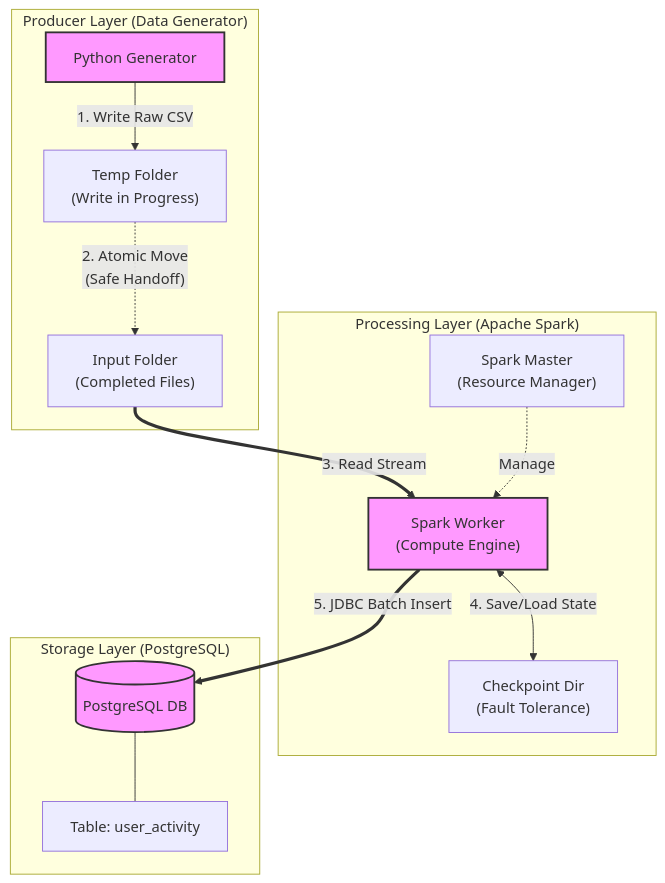
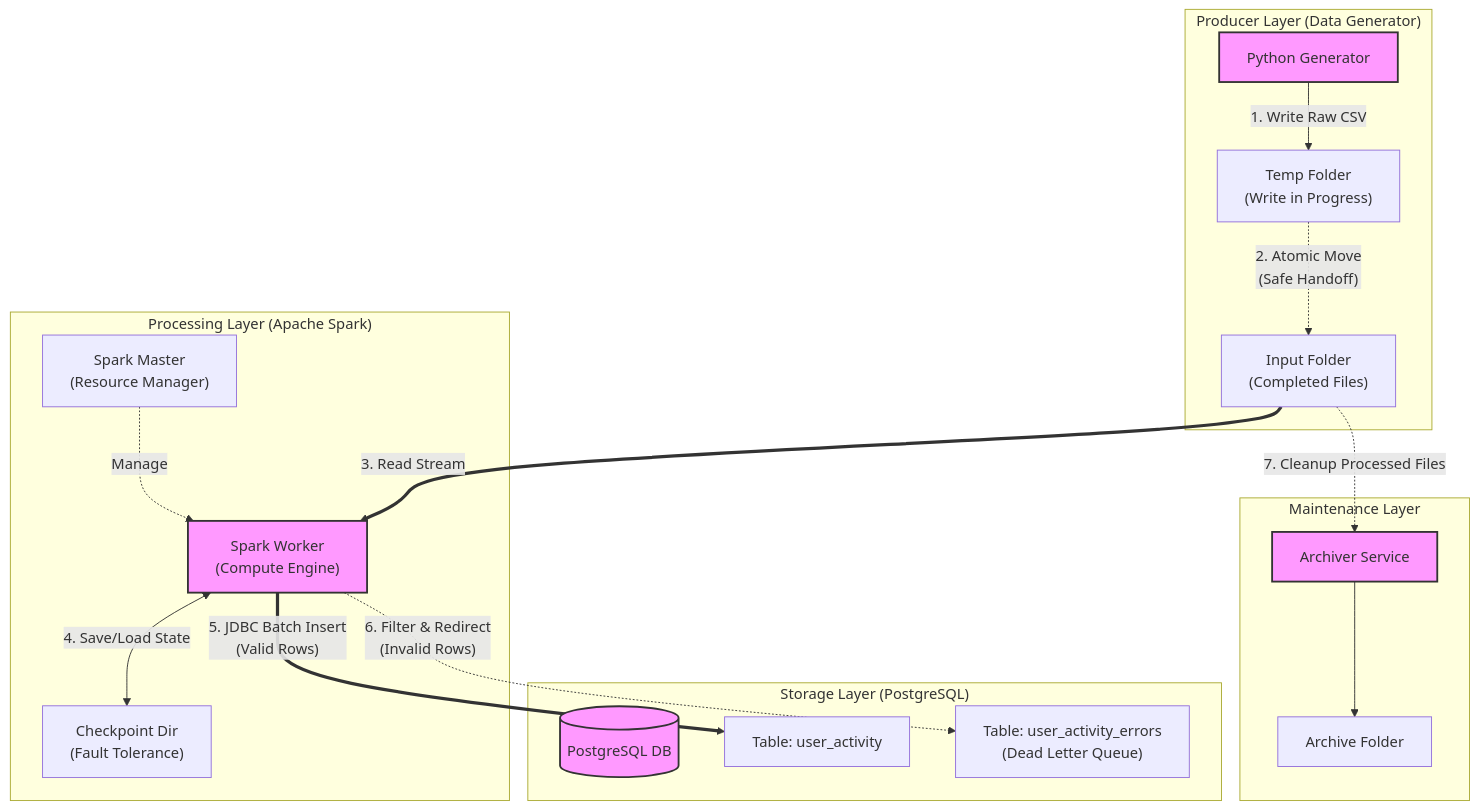
The diagram in streamin_pipeline/deliverables/project_overview.md (jill-break/DEM05-Big-Data-Real-Time-Data-Ingestion-), drawn with Mermaid before and after one commit. The commit also changed other lines of this file and 5 other files, not shown here.

````diff
--- a/streamin_pipeline/deliverables/project_overview.md
+++ b/streamin_pipeline/deliverables/project_overview.md
@@ -27,32 +27,42 @@
 ```mermaid
 graph TD
     subgraph "Producer Layer (Data Generator)"
         GEN["Python Generator"]
         TEMP[" Temp Folder<br/>(Write in Progress)"]
         INPUT[" Input Folder<br/>(Completed Files)"]
         
         GEN -->|"1. Write Raw CSV"| TEMP
         TEMP -.->|"2. Atomic Move<br/>(Safe Handoff)"| INPUT
     end
 
     subgraph "Processing Layer (Apache Spark)"
         MASTER["Spark Master<br/>(Resource Manager)"]
         WORKER["Spark Worker<br/>(Compute Engine)"]
         CHECKPOINT[" Checkpoint Dir<br/>(Fault Tolerance)"]
         
         INPUT ==>|"3. Read Stream"| WORKER
         WORKER <-->|"4. Save/Load State"| CHECKPOINT
         MASTER -.->|"Manage"| WORKER
     end
 
     subgraph "Storage Layer (PostgreSQL)"
         DB[("PostgreSQL DB")]
         TABLE["Table: user_activity"]
+        DLQ["Table: user_activity_errors<br/>(Dead Letter Queue)"]
         
-        WORKER ==>|"5. JDBC Batch Insert"| DB
-        DB --- TABLE
+        WORKER ==>|"5. JDBC Batch Insert<br/>(Valid Rows)"| TABLE
+        WORKER -.->|"6. Filter & Redirect<br/>(Invalid Rows)"| DLQ
+    end
+
+    subgraph "Maintenance Layer"
+        ARCHIVER["Archiver Service"]
+        ARCHIVE_DIR["Archive Folder"]
+        
+        INPUT -.->|"7. Cleanup Processed Files"| ARCHIVER
+        ARCHIVER --> ARCHIVE_DIR
     end
 
     classDef distinct fill:#f9f,stroke:#333,stroke-width:2px;
-    class GEN,WORKER,DB distinct;
+    class GEN,WORKER,DB,ARCHIVER distinct;
+
 ```
````
